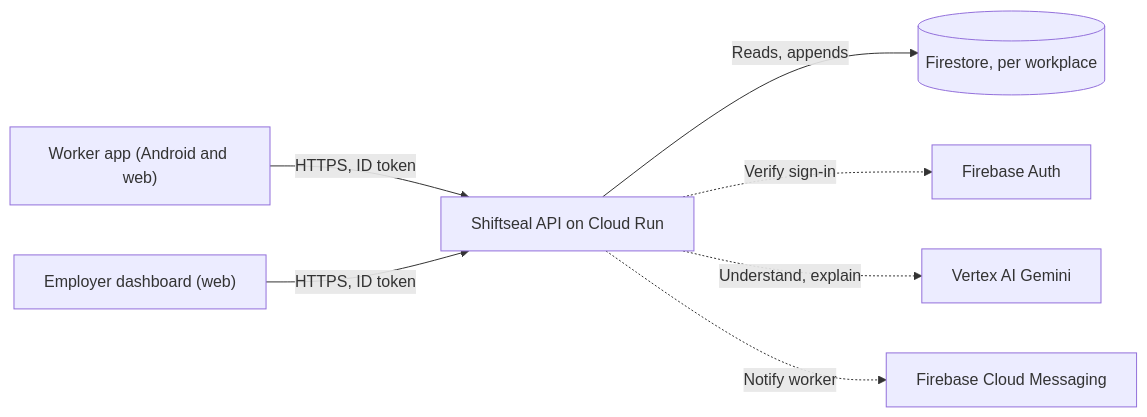
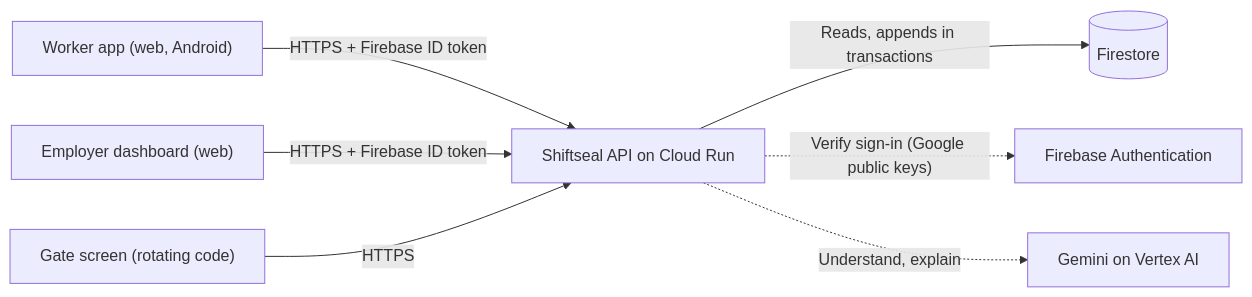
One commit to SushilRaj0177/shiftseal changed the second of 3 diagrams in ARCHITECTURE.md. Above: the diagram before and after it, drawn with Mermaid. The commit also changed other lines of this file and 78 other files, not shown here.

Commit message:
Production frontend: phone sign-in, join and setup flows, signed and location-checked check-ins with offline queue, worker app in English, Tamil and Hindi, employer dashboard with review of claims, hazards and evidence flags, gate screen and posters; docs updated

````diff
--- a/ARCHITECTURE.md
+++ b/ARCHITECTURE.md
@@ -80,9 +33,9 @@
 ```mermaid
 flowchart LR
-    workerApp["Worker app (Android and web)"] -->|"HTTPS, ID token"| api["Shiftseal API on Cloud Run"]
-    employerWeb["Employer dashboard (web)"] -->|"HTTPS, ID token"| api
-    api -->|"Reads, appends"| firestore[("Firestore, per workplace")]
-    api -.->|"Verify sign-in"| auth["Firebase Auth"]
-    api -.->|"Understand, explain"| vertex["Vertex AI Gemini"]
-    api -.->|"Notify worker"| fcm["Firebase Cloud Messaging"]
+    workerApp["Worker app (web, Android)"] -->|"HTTPS + Firebase ID token"| api["Shiftseal API on Cloud Run"]
+    employerWeb["Employer dashboard (web)"] -->|"HTTPS + Firebase ID token"| api
+    gate["Gate screen (rotating code)"] -->|"HTTPS"| api
+    api -->|"Reads, appends in transactions"| firestore[("Firestore")]
+    api -.->|"Verify sign-in (Google public keys)"| auth["Firebase Authentication"]
+    api -.->|"Understand, explain"| vertex["Gemini on Vertex AI"]
 ```
````
